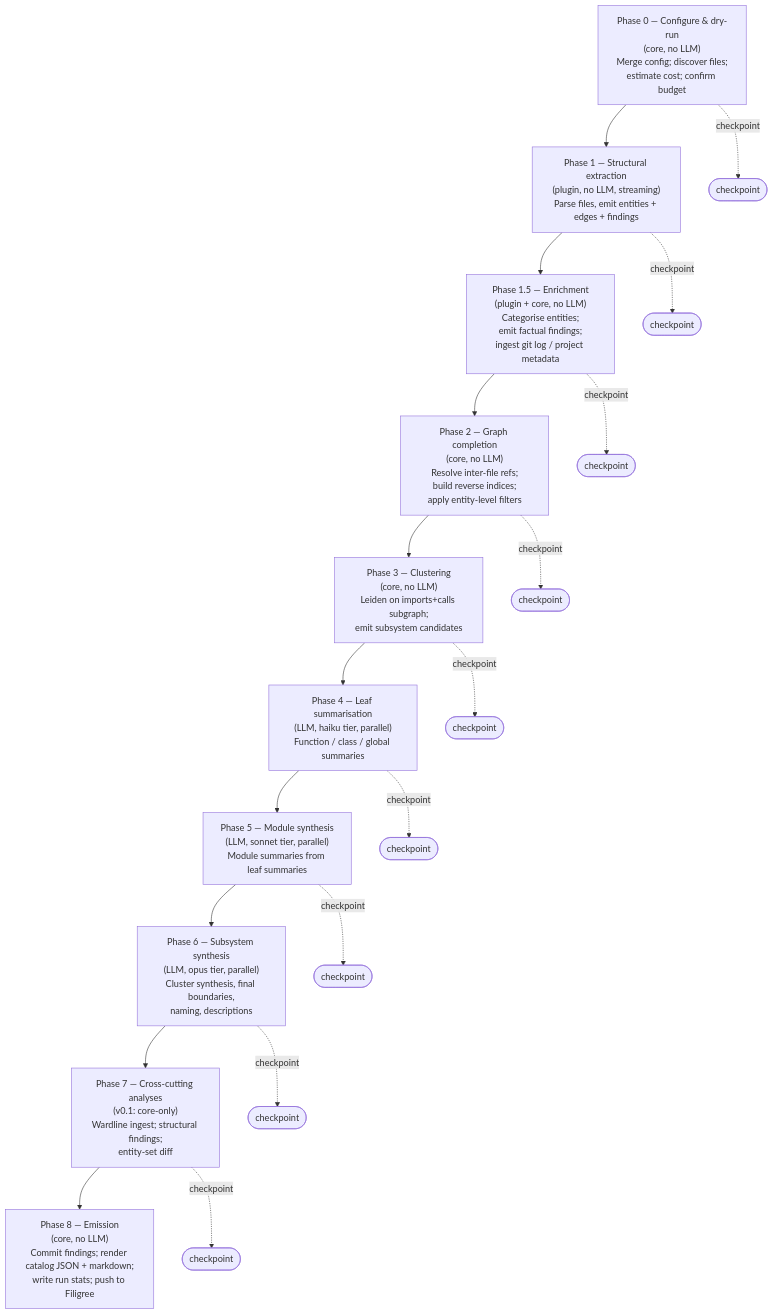
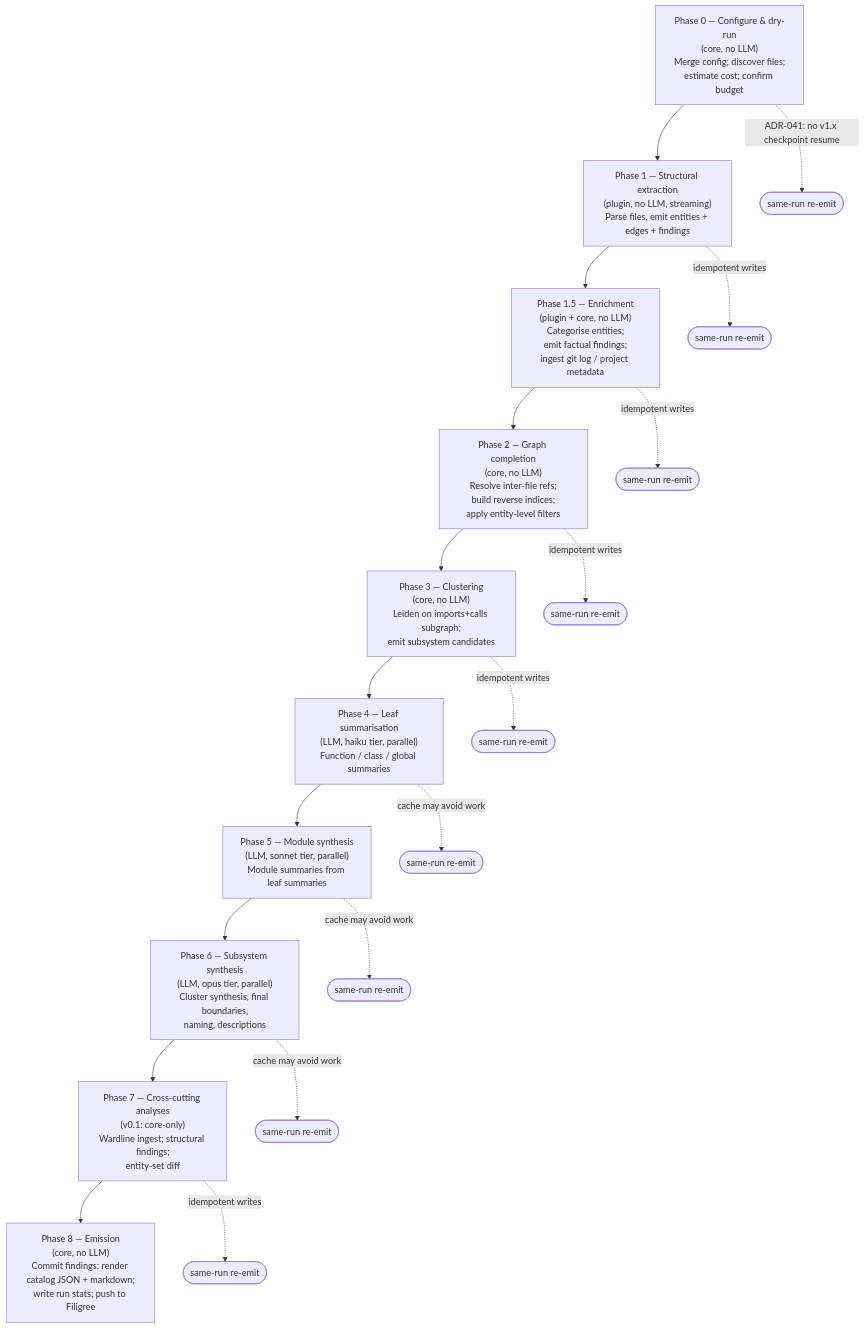
The sixth of 7 diagrams in docs/clarion/1.0/system-design.md (foundryside-dev/loomweave), drawn with Mermaid before and after one commit. The commit also changed other lines of this file and 79 other files, not shown here.

````diff
--- a/docs/clarion/1.0/system-design.md
+++ b/docs/clarion/1.0/system-design.md
@@ -579,25 +575,25 @@
 ```mermaid
 flowchart TB
     Phase0["Phase 0 — Configure & dry-run<br/>(core, no LLM)<br/>Merge config; discover files;<br/>estimate cost; confirm budget"]
     Phase1["Phase 1 — Structural extraction<br/>(plugin, no LLM, streaming)<br/>Parse files, emit entities + edges + findings"]
     Phase15["Phase 1.5 — Enrichment<br/>(plugin + core, no LLM)<br/>Categorise entities;<br/>emit factual findings;<br/>ingest git log / project metadata"]
     Phase2["Phase 2 — Graph completion<br/>(core, no LLM)<br/>Resolve inter-file refs;<br/>build reverse indices;<br/>apply entity-level filters"]
     Phase3["Phase 3 — Clustering<br/>(core, no LLM)<br/>Leiden on imports+calls subgraph;<br/>emit subsystem candidates"]
     Phase4["Phase 4 — Leaf summarisation<br/>(LLM, haiku tier, parallel)<br/>Function / class / global summaries"]
     Phase5["Phase 5 — Module synthesis<br/>(LLM, sonnet tier, parallel)<br/>Module summaries from leaf summaries"]
     Phase6["Phase 6 — Subsystem synthesis<br/>(LLM, opus tier, parallel)<br/>Cluster synthesis, final boundaries,<br/>naming, descriptions"]
     Phase7["Phase 7 — Cross-cutting analyses<br/>(v0.1: core-only)<br/>Wardline ingest; structural findings;<br/>entity-set diff"]
     Phase8["Phase 8 — Emission<br/>(core, no LLM)<br/>Commit findings; render catalog JSON + markdown;<br/>write run stats; push to Filigree"]
 
     Phase0 --> Phase1 --> Phase15 --> Phase2 --> Phase3 --> Phase4 --> Phase5 --> Phase6 --> Phase7 --> Phase8
 
-    Phase0 -.->|"checkpoint"| CheckPt0([checkpoint])
-    Phase1 -.->|"checkpoint"| CheckPt1([checkpoint])
-    Phase15 -.->|"checkpoint"| CheckPt15([checkpoint])
-    Phase2 -.->|"checkpoint"| CheckPt2([checkpoint])
-    Phase3 -.->|"checkpoint"| CheckPt3([checkpoint])
-    Phase4 -.->|"checkpoint"| CheckPt4([checkpoint])
-    Phase5 -.->|"checkpoint"| CheckPt5([checkpoint])
-    Phase6 -.->|"checkpoint"| CheckPt6([checkpoint])
-    Phase7 -.->|"checkpoint"| CheckPt7([checkpoint])
+    Phase0 -.->|"ADR-041: no v1.x checkpoint resume"| CheckPt0([same-run re-emit])
+    Phase1 -.->|"idempotent writes"| CheckPt1([same-run re-emit])
+    Phase15 -.->|"idempotent writes"| CheckPt15([same-run re-emit])
+    Phase2 -.->|"idempotent writes"| CheckPt2([same-run re-emit])
+    Phase3 -.->|"idempotent writes"| CheckPt3([same-run re-emit])
+    Phase4 -.->|"cache may avoid work"| CheckPt4([same-run re-emit])
+    Phase5 -.->|"cache may avoid work"| CheckPt5([same-run re-emit])
+    Phase6 -.->|"cache may avoid work"| CheckPt6([same-run re-emit])
+    Phase7 -.->|"idempotent writes"| CheckPt7([same-run re-emit])
 ```
````
